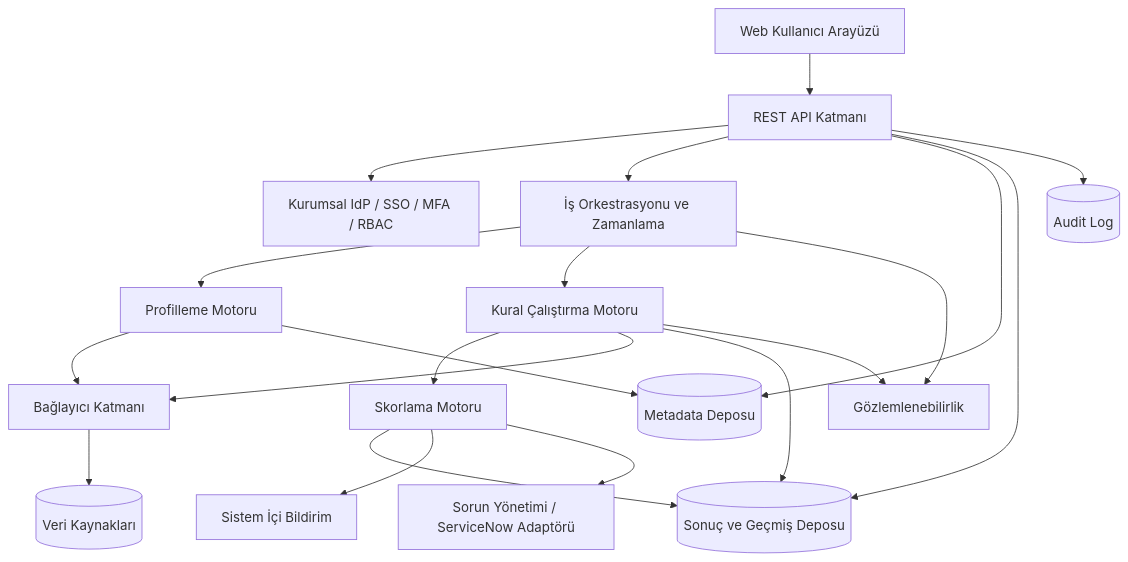
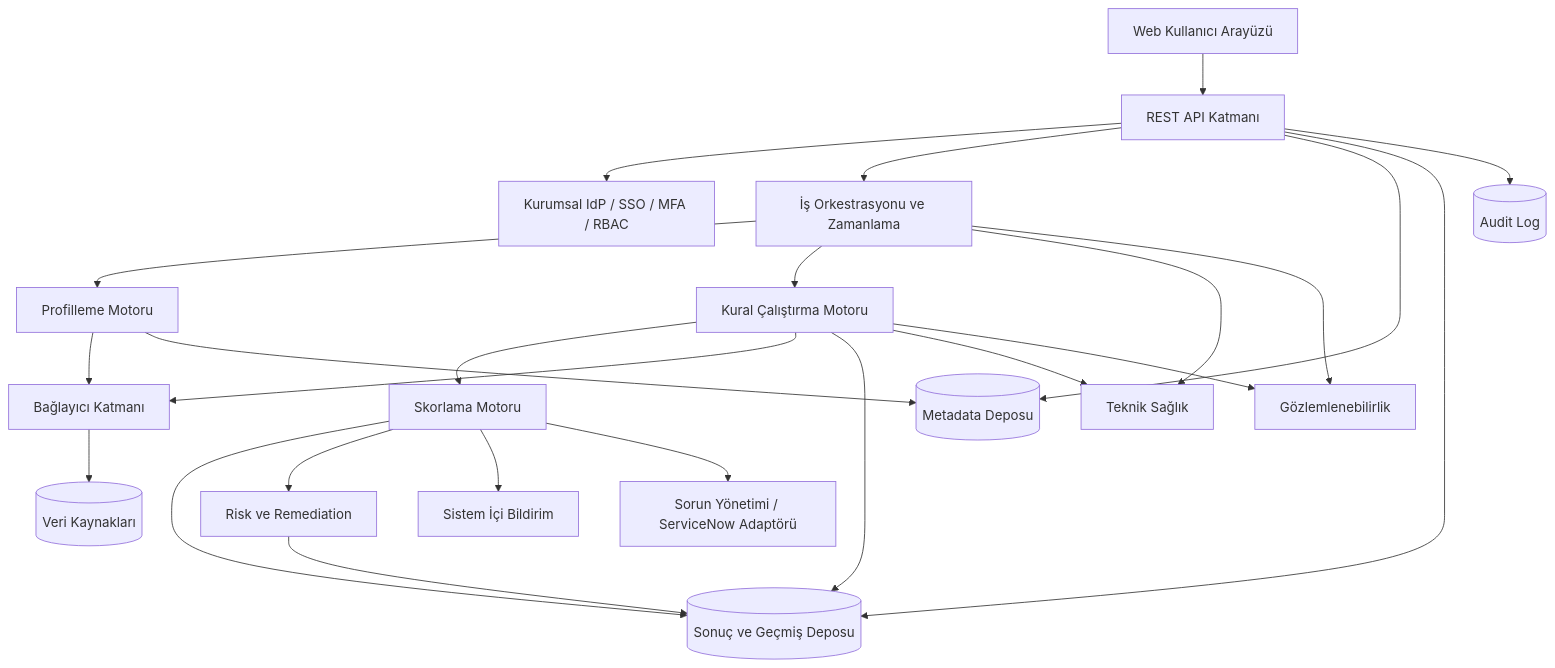
Before and after one commit to yusufipek2049/veri-kalitesi-sistemi: the diagram in 02-Mimari/Mantiksal-Mimari.md, drawn with Mermaid. The commit also changed other lines of this file and 35 other files, not shown here.

````diff
--- a/02-Mimari/Mantiksal-Mimari.md
+++ b/02-Mimari/Mantiksal-Mimari.md
@@ -35,38 +37,44 @@
 ```mermaid
 flowchart TB
     UI[Web Kullanıcı Arayüzü]
     API[REST API Katmanı]
     AUTH[Kurumsal IdP / SSO / MFA / RBAC]
     ORCH[İş Orkestrasyonu ve Zamanlama]
     PROF[Profilleme Motoru]
     RULE[Kural Çalıştırma Motoru]
     SCORE[Skorlama Motoru]
+    RISK[Risk ve Remediation]
+    HEALTH[Teknik Sağlık]
     NOTIF[Sistem İçi Bildirim]
     ISSUE[Sorun Yönetimi / ServiceNow Adaptörü]
     CONN[Bağlayıcı Katmanı]
     SRC[(Veri Kaynakları)]
     META[(Metadata Deposu)]
     HIST[(Sonuç ve Geçmiş Deposu)]
     AUDIT[(Audit Log)]
     OBS[Gözlemlenebilirlik]
 
     UI --> API
     API --> AUTH
     API --> ORCH
     ORCH --> PROF
     ORCH --> RULE
     RULE --> SCORE
     PROF --> CONN
     RULE --> CONN
     CONN --> SRC
     PROF --> META
     RULE --> HIST
     SCORE --> HIST
+    SCORE --> RISK
+    RULE --> HEALTH
+    ORCH --> HEALTH
+    RISK --> HIST
     SCORE --> NOTIF
     SCORE --> ISSUE
     API --> META
     API --> HIST
     API --> AUDIT
     ORCH --> OBS
     RULE --> OBS
 ```
````
